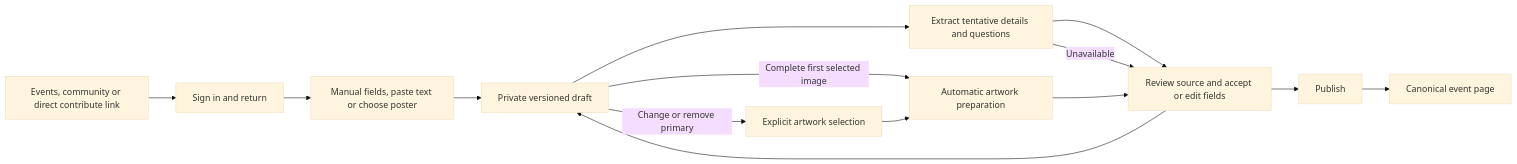
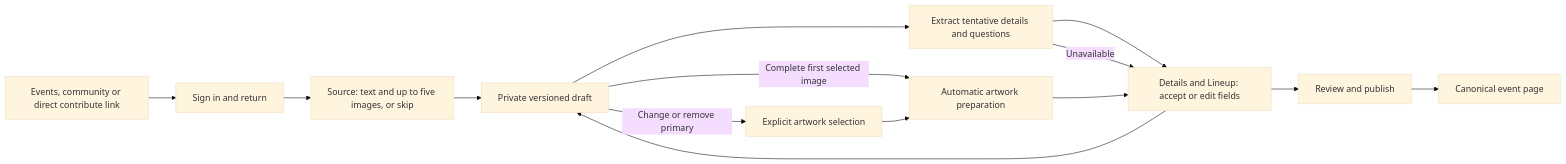
One commit to BASIC-BIT/VRDex changed the diagram in docs/backend/event-intake-sources.md. Above: the diagram before and after it, drawn with Mermaid (base theme). The commit also changed other lines of this file and 7 other files, not shown here.

````diff
--- a/docs/backend/event-intake-sources.md
+++ b/docs/backend/event-intake-sources.md
@@ -88,16 +96,16 @@
 ```mermaid
 flowchart LR
   A[Events, community or direct contribute link] --> B[Sign in and return]
-  B --> C[Manual fields, paste text or choose poster]
+  B --> C[Source: text and up to five images, or skip]
   C --> D[Private versioned draft]
   D --> E[Extract tentative details and questions]
-  E --> F[Review source and accept or edit fields]
+  E --> F[Details and Lineup: accept or edit fields]
   E -->|Unavailable| F
   D -->|Complete first selected image| G[Automatic artwork preparation]
   D -->|Change or remove primary| J[Explicit artwork selection]
   J --> G
   G --> F
   F --> D
-  F --> H[Publish]
+  F --> H[Review and publish]
   H --> I[Canonical event page]
 ```
````
